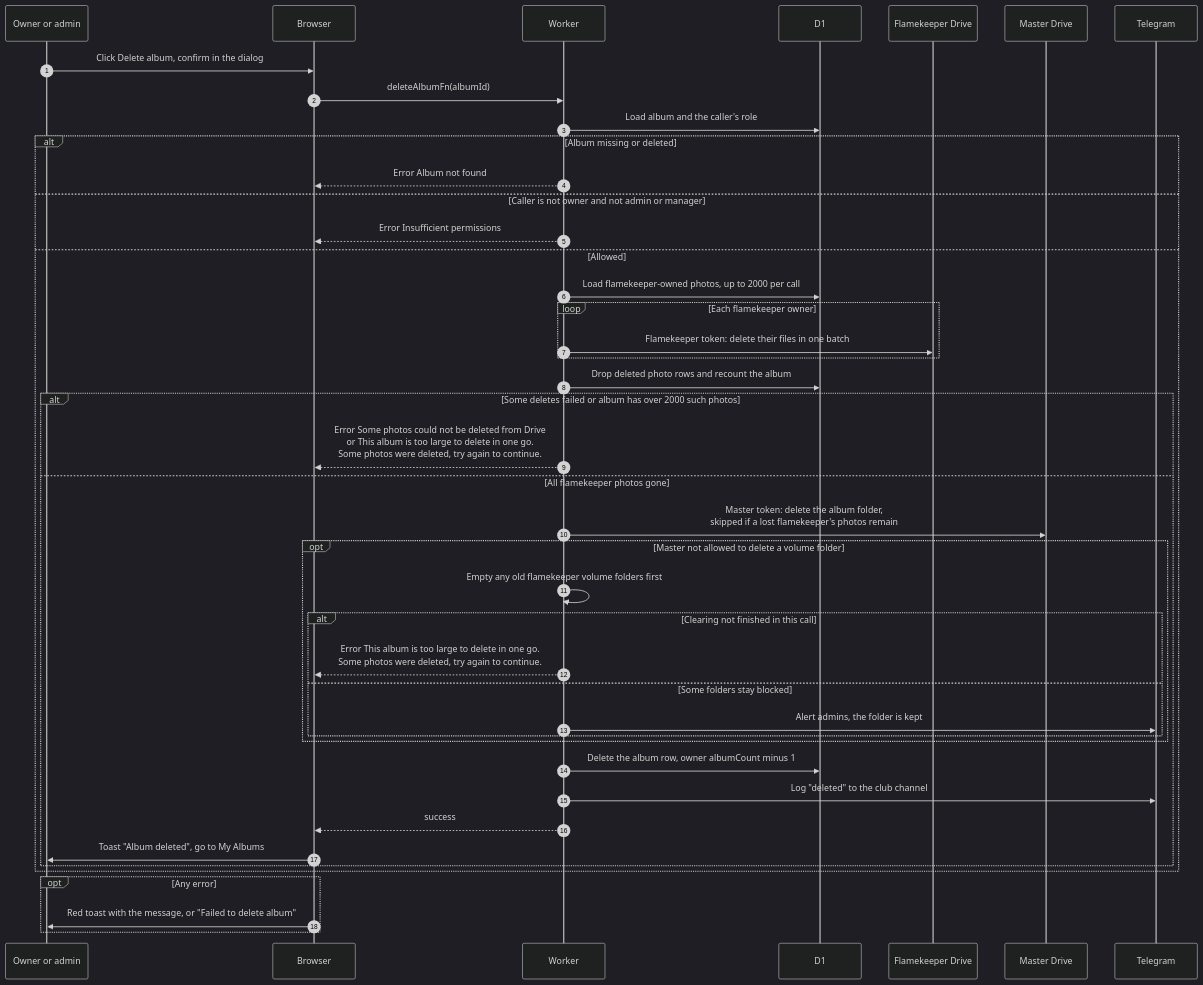
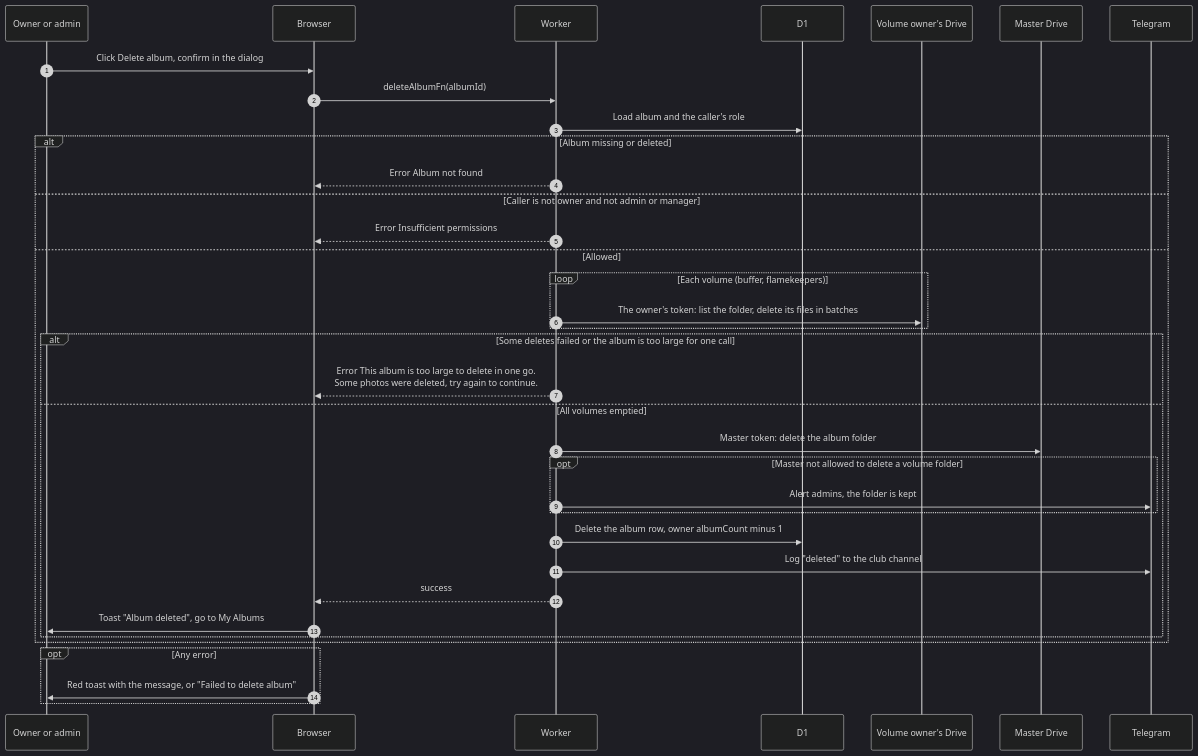
Before and after one commit to sagyzdop/meriksirat: the diagram in docs/scenarios/albums/delete-album.md, drawn with Mermaid (dark theme). The commit also changed other lines of this file and 45 other files, not shown here.

````diff
--- a/docs/scenarios/albums/delete-album.md
+++ b/docs/scenarios/albums/delete-album.md
@@ -16,45 +16,38 @@
 ```mermaid
 sequenceDiagram
     autonumber
     participant M as Owner or admin
     participant B as Browser
     participant W as Worker
     participant D as D1
-    participant F as Flamekeeper Drive
+    participant F as Volume owner's Drive
     participant G as Master Drive
     participant T as Telegram
     M->>B: Click Delete album, confirm in the dialog
     B->>W: deleteAlbumFn(albumId)
     W->>D: Load album and the caller's role
     alt Album missing or deleted
         W-->>B: Error Album not found
     else Caller is not owner and not admin or manager
         W-->>B: Error Insufficient permissions
     else Allowed
-        W->>D: Load flamekeeper-owned photos, up to 2000 per call
-        loop Each flamekeeper owner
-            W->>F: Flamekeeper token: delete their files in one batch
+        loop Each volume (buffer, flamekeepers)
+            W->>F: The owner's token: list the folder, delete its files in batches
         end
-        W->>D: Drop deleted photo rows and recount the album
-        alt Some deletes failed or album has over 2000 such photos
-            W-->>B: Error Some photos could not be deleted from Drive<br/>or This album is too large to delete in one go.<br/>Some photos were deleted, try again to continue.
-        else All flamekeeper photos gone
-            W->>G: Master token: delete the album folder,<br/>skipped if a lost flamekeeper's photos remain
+        alt Some deletes failed or the album is too large for one call
+            W-->>B: Error This album is too large to delete in one go.<br/>Some photos were deleted, try again to continue.
+        else All volumes emptied
+            W->>G: Master token: delete the album folder
             opt Master not allowed to delete a volume folder
-                W->>W: Empty any old flamekeeper volume folders first
-                alt Clearing not finished in this call
-                    W-->>B: Error This album is too large to delete in one go.<br/>Some photos were deleted, try again to continue.
-                else Some folders stay blocked
-                    W->>T: Alert admins, the folder is kept
-                end
+                W->>T: Alert admins, the folder is kept
             end
             W->>D: Delete the album row, owner albumCount minus 1
             W->>T: Log "deleted" to the club channel
             W-->>B: success
             B->>M: Toast "Album deleted", go to My Albums
         end
     end
     opt Any error
         B->>M: Red toast with the message, or "Failed to delete album"
     end
 ```
````
